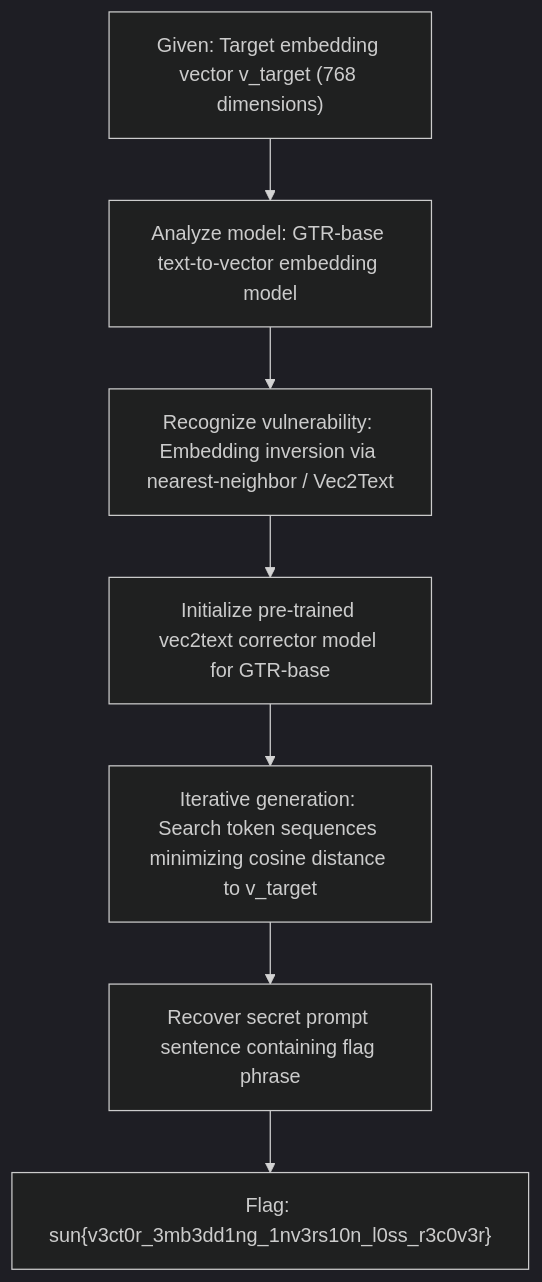
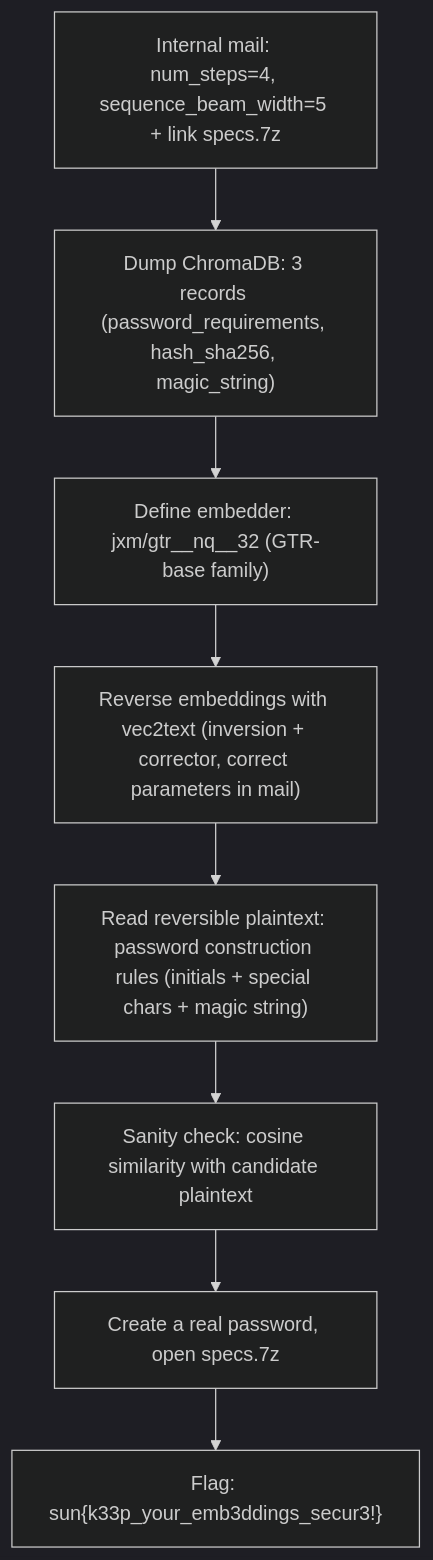
Before and after one commit to Lizamort1/ctf-writeups: the second of 2 diagrams in _posts/2026-09-26-vecnet.md, drawn with Mermaid (dark theme). The commit also changed other lines of this file and 42 other files, not shown here.

Commit message:
fix: synchronize bilingual writeups and redraw diagrams

````diff
--- a/_posts/2026-09-26-vecnet.md
+++ b/_posts/2026-09-26-vecnet.md
@@ -146,9 +150,10 @@
 ```mermaid
 flowchart TD
-    A["Given: Target embedding vector v_target (768 dimensions)"] --> B["Analyze model: GTR-base text-to-vector embedding model"]
-    B --> C["Recognize vulnerability: Embedding inversion via nearest-neighbor / Vec2Text"]
-    C --> D["Initialize pre-trained vec2text corrector model for GTR-base"]
-    D --> E["Iterative generation: Search token sequences minimizing cosine distance to v_target"]
-    E --> F["Recover secret prompt sentence containing flag phrase"]
-    F --> G["Flag: sun{v3ct0r_3mb3dd1ng_1nv3rs10n_l0ss_r3c0v3r}"]
+    A["Internal mail: num_steps=4, sequence_beam_width=5 + link specs.7z"] --> B["Dump ChromaDB: 3 records (password_requirements, hash_sha256, magic_string)"]
+    B --> C["Define embedder: jxm/gtr__nq__32 (GTR-base family)"]
+    C --> D["Reverse embeddings with vec2text (inversion + corrector, correct parameters in mail)"]
+    D --> E["Read reversible plaintext: password construction rules (initials + special chars + magic string)"]
+    E --> F["Sanity check: cosine similarity with candidate plaintext"]
+    F --> G["Create a real password, open specs.7z"]
+    G --> H["Flag: sun{k33p_your_emb3ddings_secur3!}"]
 ```
````
